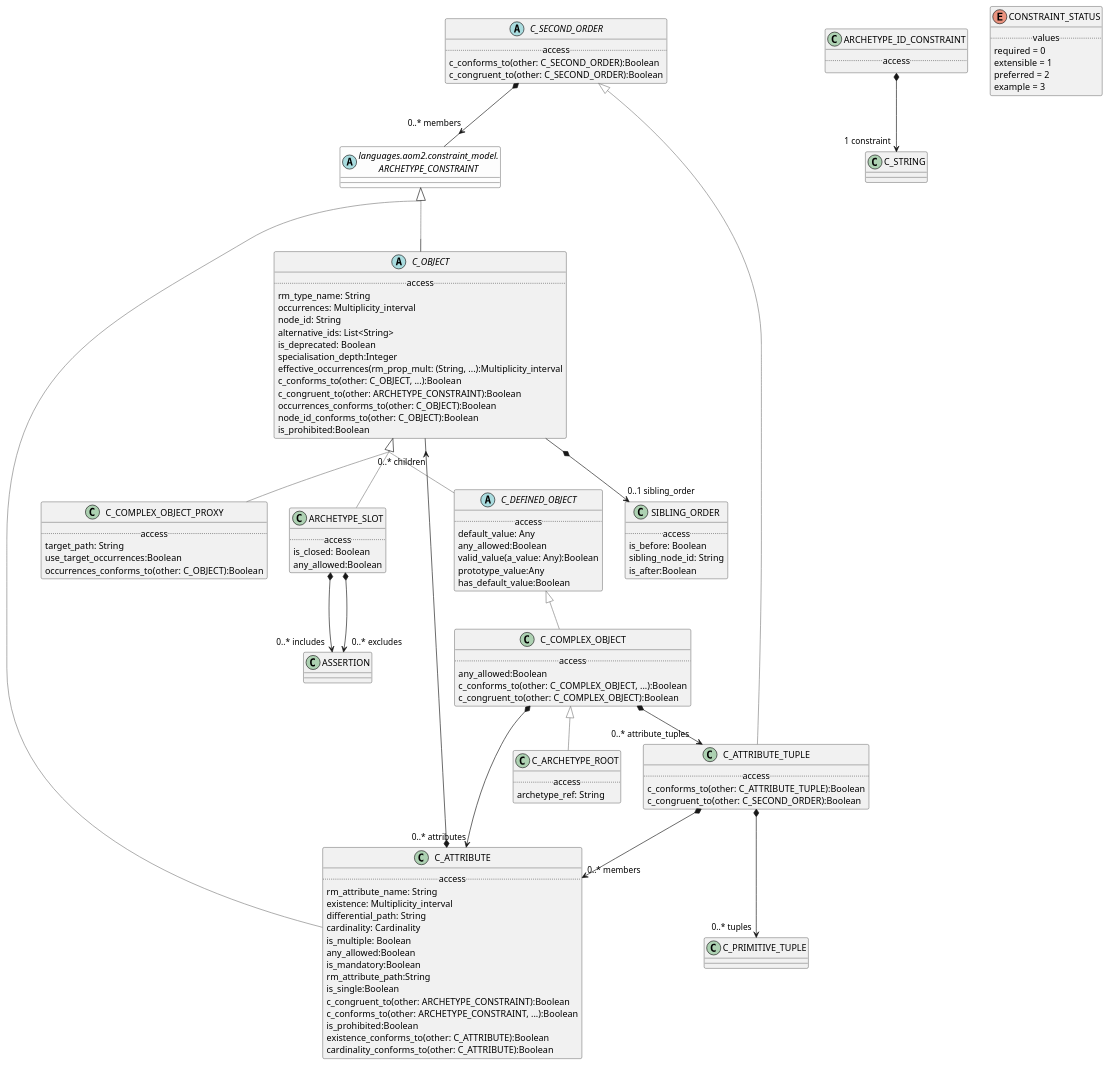
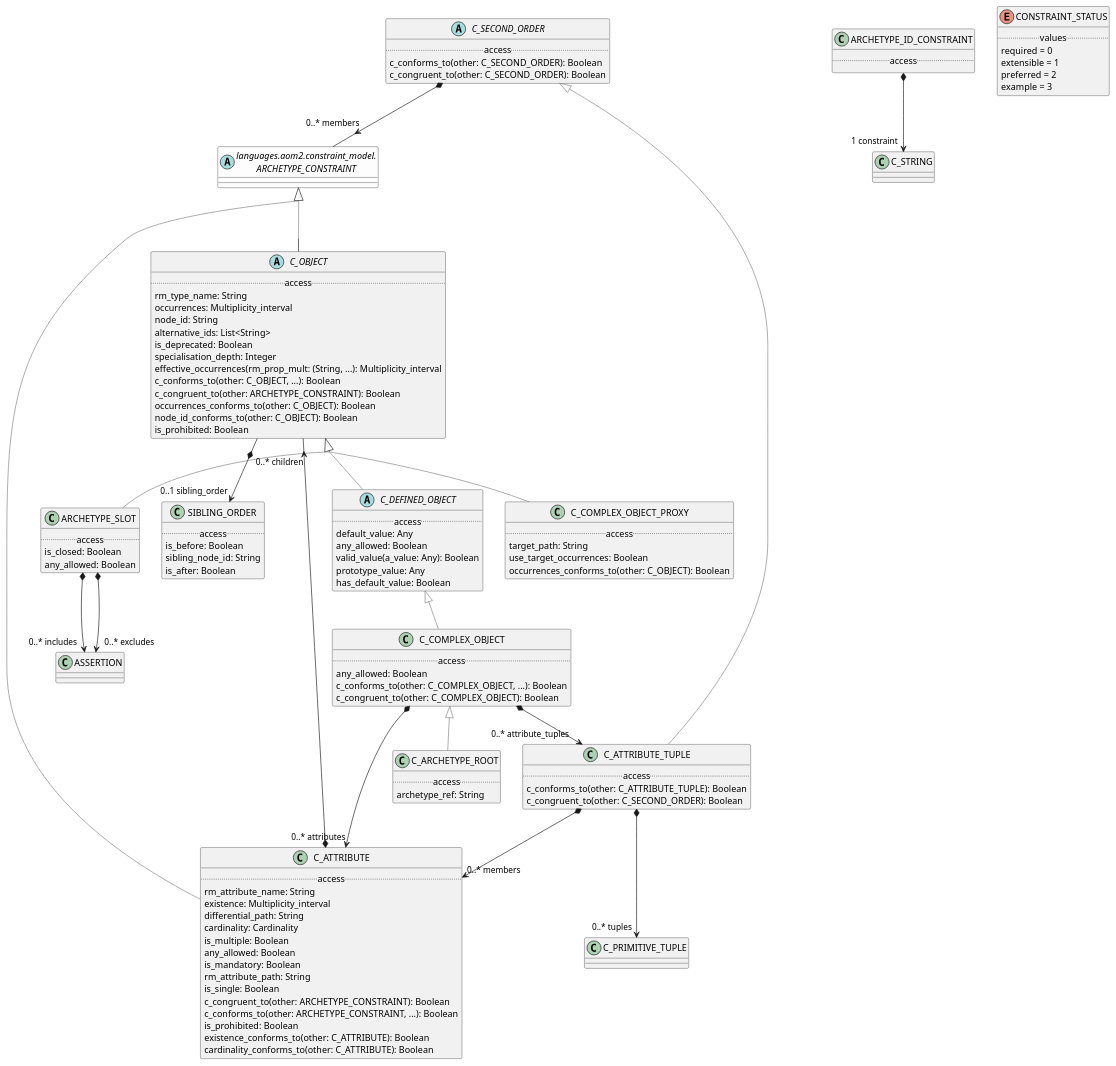
One commit to wolandscat/openehr-doc changed the diagram in modules/ROOT/examples/bmm/languages/aom2/constraint_model/complex/complex-package-uml.adoc. Above: the diagram before and after it, drawn with PlantUML. The commit also changed 293 other files, not shown here.

Commit message:
Regen with tweaks to UML output and correct metatypes for nested generics.

```diff
--- a/modules/ROOT/examples/bmm/languages/aom2/constraint_model/complex/complex-package-uml.adoc
+++ b/modules/ROOT/examples/bmm/languages/aom2/constraint_model/complex/complex-package-uml.adoc
@@ -8,8 +8,8 @@
 
 class C_ATTRIBUTE_TUPLE [[/openehr-doc/latest/languages/aom2-gen.html#_class_c_attribute_tuple]] {
         .. access ..
-        c_conforms_to(other: C_ATTRIBUTE_TUPLE):Boolean
-        c_congruent_to(other: C_SECOND_ORDER):Boolean
+        c_conforms_to(other: C_ATTRIBUTE_TUPLE): Boolean
+        c_congruent_to(other: C_SECOND_ORDER): Boolean
 }
 
 C_ATTRIBUTE_TUPLE -[#gray]up-|> C_SECOND_ORDER  
@@ -19,58 +19,13 @@
 
 C_ATTRIBUTE_TUPLE *--> "0..* members" C_ATTRIBUTE
 
-abstract class C_OBJECT [[/openehr-doc/latest/languages/aom2-gen.html#_class_c_object]] {
-        .. access ..
-        rm_type_name: String
-        occurrences: Multiplicity_interval
-        node_id: String
-        alternative_ids: List<String>
-        is_deprecated: Boolean
-        specialisation_depth:Integer
-        effective_occurrences(rm_prop_mult: (String, ...):Multiplicity_interval
-        c_conforms_to(other: C_OBJECT, ...):Boolean
-        c_congruent_to(other: ARCHETYPE_CONSTRAINT):Boolean
-        occurrences_conforms_to(other: C_OBJECT):Boolean
-        node_id_conforms_to(other: C_OBJECT):Boolean
-        is_prohibited:Boolean
-}
-
-C_OBJECT -[#gray]up-|> ARCHETYPE_CONSTRAINT  
-
-
-C_OBJECT *--> "0..1 sibling_order" SIBLING_ORDER
-
-class ARCHETYPE_ID_CONSTRAINT [[/openehr-doc/latest/languages/aom2-gen.html#_class_archetype_id_constraint]] {
-        .. access ..
-}
-
-
-ARCHETYPE_ID_CONSTRAINT *--> "1 constraint" C_STRING
-
-abstract class C_SECOND_ORDER [[/openehr-doc/latest/languages/aom2-gen.html#_class_c_second_order]] {
-        .. access ..
-        c_conforms_to(other: C_SECOND_ORDER):Boolean
-        c_congruent_to(other: C_SECOND_ORDER):Boolean
-}
-
-
-C_SECOND_ORDER *--> "0..* members" ARCHETYPE_CONSTRAINT
-
-class SIBLING_ORDER [[/openehr-doc/latest/languages/aom2-gen.html#_class_sibling_order]] {
-        .. access ..
-        is_before: Boolean
-        sibling_node_id: String
-        is_after:Boolean
-}
-
-
 abstract class C_DEFINED_OBJECT [[/openehr-doc/latest/languages/aom2-gen.html#_class_c_defined_object]] {
         .. access ..
         default_value: Any
-        any_allowed:Boolean
-        valid_value(a_value: Any):Boolean
-        prototype_value:Any
-        has_default_value:Boolean
+        any_allowed: Boolean
+        valid_value(a_value: Any): Boolean
+        prototype_value: Any
+        has_default_value: Boolean
 }
 
 C_DEFINED_OBJECT -[#gray]up-|> C_OBJECT  
@@ -84,6 +39,46 @@
 C_ARCHETYPE_ROOT -[#gray]up-|> C_COMPLEX_OBJECT  
 
 
+abstract class C_SECOND_ORDER [[/openehr-doc/latest/languages/aom2-gen.html#_class_c_second_order]] {
+        .. access ..
+        c_conforms_to(other: C_SECOND_ORDER): Boolean
+        c_congruent_to(other: C_SECOND_ORDER): Boolean
+}
+
+
+C_SECOND_ORDER *--> "0..* members" ARCHETYPE_CONSTRAINT
+
+class C_COMPLEX_OBJECT [[/openehr-doc/latest/languages/aom2-gen.html#_class_c_complex_object]] {
+        .. access ..
+        any_allowed: Boolean
+        c_conforms_to(other: C_COMPLEX_OBJECT, ...): Boolean
+        c_congruent_to(other: C_COMPLEX_OBJECT): Boolean
+}
+
+C_COMPLEX_OBJECT -[#gray]up-|> C_DEFINED_OBJECT  
+
+
+C_COMPLEX_OBJECT *--> "0..* attributes" C_ATTRIBUTE
+
+C_COMPLEX_OBJECT *--> "0..* attribute_tuples" C_ATTRIBUTE_TUPLE
+
+class ARCHETYPE_ID_CONSTRAINT [[/openehr-doc/latest/languages/aom2-gen.html#_class_archetype_id_constraint]] {
+        .. access ..
+}
+
+
+ARCHETYPE_ID_CONSTRAINT *--> "1 constraint" C_STRING
+
+class C_COMPLEX_OBJECT_PROXY [[/openehr-doc/latest/languages/aom2-gen.html#_class_c_complex_object_proxy]] {
+        .. access ..
+        target_path: String
+        use_target_occurrences: Boolean
+        occurrences_conforms_to(other: C_OBJECT): Boolean
+}
+
+C_COMPLEX_OBJECT_PROXY -[#gray]up-|> C_OBJECT  
+
+
 enum CONSTRAINT_STATUS [[/openehr-doc/latest/languages/aom2-gen.html#_class_constraint_status]] {
         .. values ..
         required = 0
@@ -92,20 +87,10 @@
         example = 3
 }
 
-class C_COMPLEX_OBJECT_PROXY [[/openehr-doc/latest/languages/aom2-gen.html#_class_c_complex_object_proxy]] {
-        .. access ..
-        target_path: String
-        use_target_occurrences:Boolean
-        occurrences_conforms_to(other: C_OBJECT):Boolean
-}
-
-C_COMPLEX_OBJECT_PROXY -[#gray]up-|> C_OBJECT  
-
-
 class ARCHETYPE_SLOT [[/openehr-doc/latest/languages/aom2-gen.html#_class_archetype_slot]] {
         .. access ..
         is_closed: Boolean
-        any_allowed:Boolean
+        any_allowed: Boolean
 }
 
 ARCHETYPE_SLOT -[#gray]up-|> C_OBJECT  
@@ -115,19 +100,34 @@
 
 ARCHETYPE_SLOT *--> "0..* excludes" ASSERTION
 
-class C_COMPLEX_OBJECT [[/openehr-doc/latest/languages/aom2-gen.html#_class_c_complex_object]] {
+class SIBLING_ORDER [[/openehr-doc/latest/languages/aom2-gen.html#_class_sibling_order]] {
         .. access ..
-        any_allowed:Boolean
-        c_conforms_to(other: C_COMPLEX_OBJECT, ...):Boolean
-        c_congruent_to(other: C_COMPLEX_OBJECT):Boolean
+        is_before: Boolean
+        sibling_node_id: String
+        is_after: Boolean
 }
 
-C_COMPLEX_OBJECT -[#gray]up-|> C_DEFINED_OBJECT  
+
+abstract class C_OBJECT [[/openehr-doc/latest/languages/aom2-gen.html#_class_c_object]] {
+        .. access ..
+        rm_type_name: String
+        occurrences: Multiplicity_interval
+        node_id: String
+        alternative_ids: List<String>
+        is_deprecated: Boolean
+        specialisation_depth: Integer
+        effective_occurrences(rm_prop_mult: (String, ...): Multiplicity_interval
+        c_conforms_to(other: C_OBJECT, ...): Boolean
+        c_congruent_to(other: ARCHETYPE_CONSTRAINT): Boolean
+        occurrences_conforms_to(other: C_OBJECT): Boolean
+        node_id_conforms_to(other: C_OBJECT): Boolean
+        is_prohibited: Boolean
+}
+
+C_OBJECT -[#gray]up-|> ARCHETYPE_CONSTRAINT  
 
 
-C_COMPLEX_OBJECT *--> "0..* attributes" C_ATTRIBUTE
-
-C_COMPLEX_OBJECT *--> "0..* attribute_tuples" C_ATTRIBUTE_TUPLE
+C_OBJECT *--> "0..1 sibling_order" SIBLING_ORDER
 
 class C_ATTRIBUTE [[/openehr-doc/latest/languages/aom2-gen.html#_class_c_attribute]] {
         .. access ..
@@ -136,15 +136,15 @@
         differential_path: String
         cardinality: Cardinality
         is_multiple: Boolean
-        any_allowed:Boolean
-        is_mandatory:Boolean
-        rm_attribute_path:String
-        is_single:Boolean
-        c_congruent_to(other: ARCHETYPE_CONSTRAINT):Boolean
-        c_conforms_to(other: ARCHETYPE_CONSTRAINT, ...):Boolean
-        is_prohibited:Boolean
-        existence_conforms_to(other: C_ATTRIBUTE):Boolean
-        cardinality_conforms_to(other: C_ATTRIBUTE):Boolean
+        any_allowed: Boolean
+        is_mandatory: Boolean
+        rm_attribute_path: String
+        is_single: Boolean
+        c_congruent_to(other: ARCHETYPE_CONSTRAINT): Boolean
+        c_conforms_to(other: ARCHETYPE_CONSTRAINT, ...): Boolean
+        is_prohibited: Boolean
+        existence_conforms_to(other: C_ATTRIBUTE): Boolean
+        cardinality_conforms_to(other: C_ATTRIBUTE): Boolean
 }
 
 C_ATTRIBUTE -[#gray]up-|> ARCHETYPE_CONSTRAINT  
```
